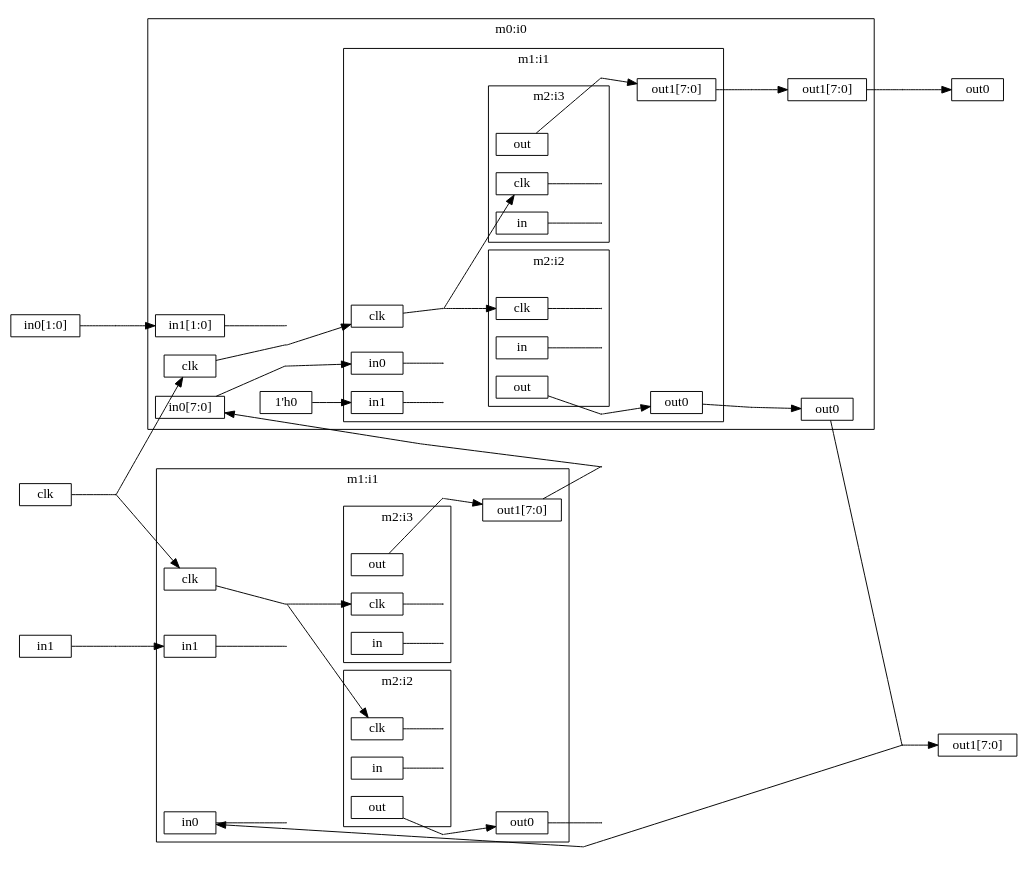
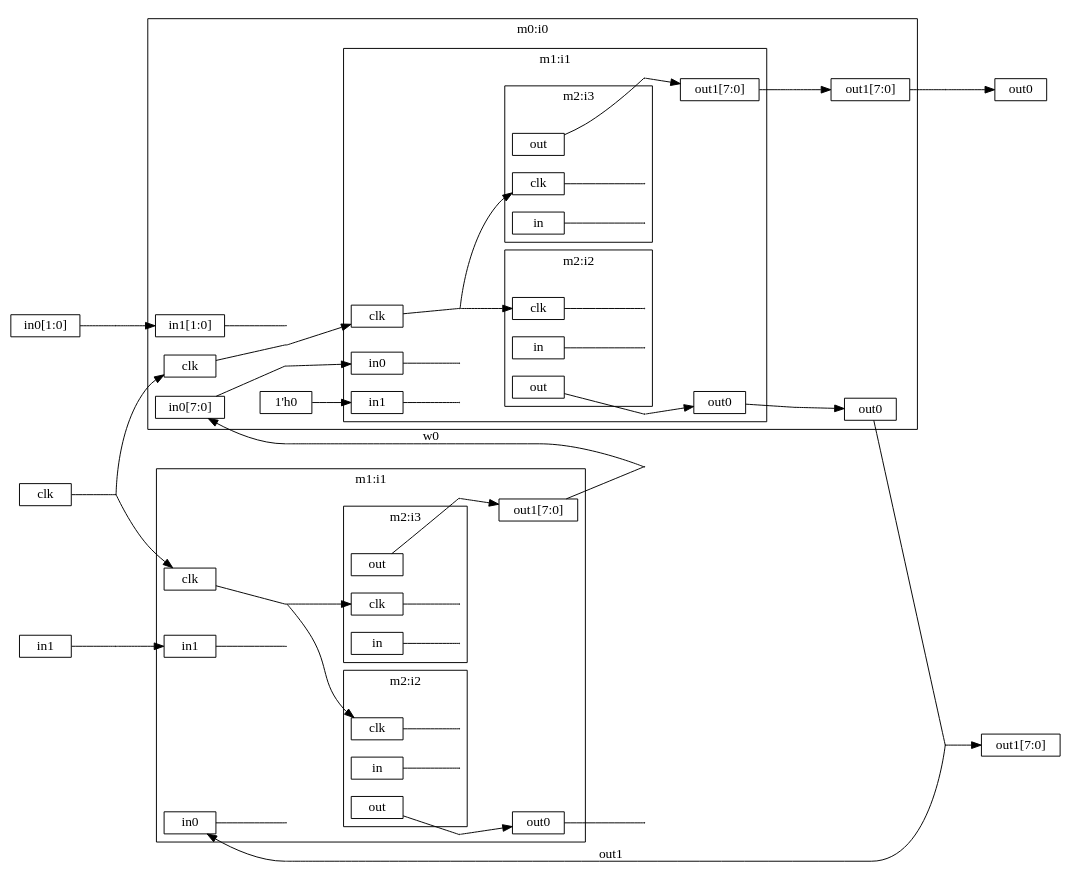
The diagram in out.dot (takata150802/netlistracer), drawn with Graphviz before and after one commit. The commit also changed 1 other file, not shown here.

Commit message:
[mod] add wire_name @  submodule.output -> submodule.input

```diff
--- a/out.dot
+++ b/out.dot
@@ -1,153 +1,153 @@
 
 digraph {
     rankdir="LR";
-    overlap = true;
-    splines = false;
+    overlap = false;
+    splines = true;
     node [shape = box, height=0.1];
     edge [labelfloat=false];
 
 subgraph cluster0 {
   graph [label = "m0:i0"];
 tmp0[width=0.0, height=0.0, shape=point];
 subgraph cluster1 {
   graph [label = "m1:i1"];
 tmp1[width=0.0, height=0.0, shape=point];
 subgraph cluster2 {
   graph [label = "m2:i2"];
 tmp2[width=0.0, height=0.0, shape=point];
 _i0_i1_i2_clk[label = "clk"];
 _i0_i1_i2_in[label = "in"];
 _i0_i1_i2_out[label = "out"];
 _i0_i1_i2_clk_input_br[width=0.01, height=0.01, shape=point];
 _i0_i1_i2_clk -> _i0_i1_i2_clk_input_br[dir = none];
 _i0_i1_i2_in_input_br[width=0.01, height=0.01, shape=point];
 _i0_i1_i2_in -> _i0_i1_i2_in_input_br[dir = none];
 }
 subgraph cluster3 {
   graph [label = "m2:i3"];
 tmp3[width=0.0, height=0.0, shape=point];
 _i0_i1_i3_clk[label = "clk"];
 _i0_i1_i3_in[label = "in"];
 _i0_i1_i3_out[label = "out"];
 _i0_i1_i3_clk_input_br[width=0.01, height=0.01, shape=point];
 _i0_i1_i3_clk -> _i0_i1_i3_clk_input_br[dir = none];
 _i0_i1_i3_in_input_br[width=0.01, height=0.01, shape=point];
 _i0_i1_i3_in -> _i0_i1_i3_in_input_br[dir = none];
 }
 _i0_i1_clk[label = "clk"];
 _i0_i1_in0[label = "in0"];
 _i0_i1_in1[label = "in1"];
 _i0_i1_out0[label = "out0"];
 _i0_i1_out1[label = "out1[7:0]"];
 _i0_i1_clk_input_br[width=0.01, height=0.01, shape=point];
 _i0_i1_clk -> _i0_i1_clk_input_br[dir = none];
 _i0_i1_in0_input_br[width=0.01, height=0.01, shape=point];
 _i0_i1_in0 -> _i0_i1_in0_input_br[dir = none];
 _i0_i1_in1_input_br[width=0.01, height=0.01, shape=point];
 _i0_i1_in1 -> _i0_i1_in1_input_br[dir = none];
 _i0_i1_i2_out_output_br[width=0.01, height=0.01, shape=point];
 _i0_i1_i2_out -> _i0_i1_i2_out_output_br[dir = none];
 _i0_i1_i2_out_output_br -> _i0_i1_out0[label = ""];
 _i0_i1_i3_out_output_br[width=0.01, height=0.01, shape=point];
 _i0_i1_i3_out -> _i0_i1_i3_out_output_br[dir = none];
 _i0_i1_i3_out_output_br -> _i0_i1_out1[label = ""];
 _i0_i1_clk_input_br -> _i0_i1_i2_clk[label = " "];
 _i0_i1_clk_input_br -> _i0_i1_i3_clk[label = " "];
 }
 _i0_clk[label = "clk"];
 _i0_in0[label = "in0[7:0]"];
 _i0_in1[label = "in1[1:0]"];
 _i0_out0[label = "out0"];
 _i0_out1[label = "out1[7:0]"];
 _i0_clk_input_br[width=0.01, height=0.01, shape=point];
 _i0_clk -> _i0_clk_input_br[dir = none];
 _i0_in0_input_br[width=0.01, height=0.01, shape=point];
 _i0_in0 -> _i0_in0_input_br[dir = none];
 _i0_in1_input_br[width=0.01, height=0.01, shape=point];
 _i0_in1 -> _i0_in1_input_br[dir = none];
 _i0_i1_out0_output_br[width=0.01, height=0.01, shape=point];
 _i0_i1_out0 -> _i0_i1_out0_output_br[dir = none];
 _i0_i1_out0_output_br -> _i0_out0[label = ""];
 _i0_i1_out1_output_br[width=0.01, height=0.01, shape=point];
 _i0_i1_out1 -> _i0_i1_out1_output_br[dir = none];
 _i0_i1_out1_output_br -> _i0_out1[label = ""];
 _i0_clk_input_br -> _i0_i1_clk[label = " "];
 _i0_in0_input_br -> _i0_i1_in0[label = " "];
 _i0_const_i1in1[label = "1'h0"];
 _i0_const_i1in1 -> _i0_i1_in1[label = " "];
 }
 subgraph cluster4 {
   graph [label = "m1:i1"];
 tmp4[width=0.0, height=0.0, shape=point];
 subgraph cluster5 {
   graph [label = "m2:i2"];
 tmp5[width=0.0, height=0.0, shape=point];
 _i1_i2_clk[label = "clk"];
 _i1_i2_in[label = "in"];
 _i1_i2_out[label = "out"];
 _i1_i2_clk_input_br[width=0.01, height=0.01, shape=point];
 _i1_i2_clk -> _i1_i2_clk_input_br[dir = none];
 _i1_i2_in_input_br[width=0.01, height=0.01, shape=point];
 _i1_i2_in -> _i1_i2_in_input_br[dir = none];
 }
 subgraph cluster6 {
   graph [label = "m2:i3"];
 tmp6[width=0.0, height=0.0, shape=point];
 _i1_i3_clk[label = "clk"];
 _i1_i3_in[label = "in"];
 _i1_i3_out[label = "out"];
 _i1_i3_clk_input_br[width=0.01, height=0.01, shape=point];
 _i1_i3_clk -> _i1_i3_clk_input_br[dir = none];
 _i1_i3_in_input_br[width=0.01, height=0.01, shape=point];
 _i1_i3_in -> _i1_i3_in_input_br[dir = none];
 }
 _i1_clk[label = "clk"];
 _i1_in0[label = "in0"];
 _i1_in1[label = "in1"];
 _i1_out0[label = "out0"];
 _i1_out1[label = "out1[7:0]"];
 _i1_clk_input_br[width=0.01, height=0.01, shape=point];
 _i1_clk -> _i1_clk_input_br[dir = none];
 _i1_in0_input_br[width=0.01, height=0.01, shape=point];
 _i1_in0 -> _i1_in0_input_br[dir = none];
 _i1_in1_input_br[width=0.01, height=0.01, shape=point];
 _i1_in1 -> _i1_in1_input_br[dir = none];
 _i1_i2_out_output_br[width=0.01, height=0.01, shape=point];
 _i1_i2_out -> _i1_i2_out_output_br[dir = none];
 _i1_i2_out_output_br -> _i1_out0[label = ""];
 _i1_i3_out_output_br[width=0.01, height=0.01, shape=point];
 _i1_i3_out -> _i1_i3_out_output_br[dir = none];
 _i1_i3_out_output_br -> _i1_out1[label = ""];
 _i1_clk_input_br -> _i1_i2_clk[label = " "];
 _i1_clk_input_br -> _i1_i3_clk[label = " "];
 }
 _clk[label = "clk"];
 _in0[label = "in0[1:0]"];
 _in1[label = "in1"];
 _out0[label = "out0"];
 _out1[label = "out1[7:0]"];
 _clk_input_br[width=0.01, height=0.01, shape=point];
 _clk -> _clk_input_br[dir = none];
 _in0_input_br[width=0.01, height=0.01, shape=point];
 _in0 -> _in0_input_br[dir = none];
 _in1_input_br[width=0.01, height=0.01, shape=point];
 _in1 -> _in1_input_br[dir = none];
 _i0_out0_output_br[width=0.01, height=0.01, shape=point];
 _i0_out0 -> _i0_out0_output_br[dir = none];
 _i0_out0_output_br -> _out1[label = ""];
 _i0_out1_output_br[width=0.01, height=0.01, shape=point];
 _i0_out1 -> _i0_out1_output_br[dir = none];
 _i0_out1_output_br -> _out0[label = ""];
 _i1_out0_output_br[width=0.01, height=0.01, shape=point];
 _i1_out0 -> _i1_out0_output_br[dir = none];
 _i1_out1_output_br[width=0.01, height=0.01, shape=point];
 _i1_out1 -> _i1_out1_output_br[dir = none];
 _clk_input_br -> _i0_clk[label = " "];
-_i1_out1_output_br -> _i0_in0[label = " "];
+_i1_out1_output_br -> _i0_in0[label = "w0"];
 _in0_input_br -> _i0_in1[label = " "];
 _clk_input_br -> _i1_clk[label = " "];
-_i0_out0_output_br -> _i1_in0[label = " "];
+_i0_out0_output_br -> _i1_in0[label = "out1"];
 _in1_input_br -> _i1_in1[label = " "];
 {rank = max; _out0;}
 {rank = max; _out1;}
 }
```
